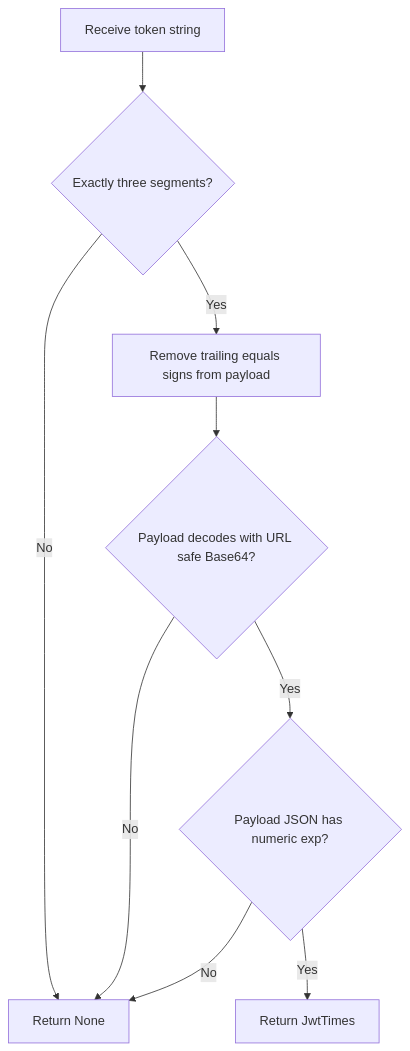
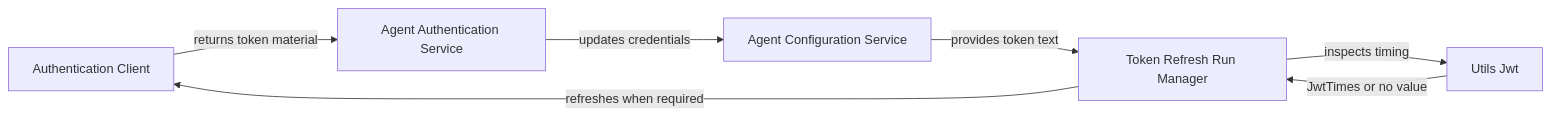
Before and after one commit to flamingo-stack/openframe-oss-tenant: the first of 4 diagrams in docs/reference/architecture/openframe-client-core/utils-jwt/utils-jwt.md, drawn with Mermaid. The commit also changed other lines of this file and 2377 other files, not shown here.

````diff
--- a/docs/reference/architecture/openframe-client-core/utils-jwt/utils-jwt.md
+++ b/docs/reference/architecture/openframe-client-core/utils-jwt/utils-jwt.md
@@ -47,11 +17,9 @@
 ```mermaid
-flowchart TD
-    Start["Receive token string"] --> Segments{"Exactly three segments?"}
-    Segments -->|"No"| Reject["Return None"]
-    Segments -->|"Yes"| Trim["Remove trailing equals signs from payload"]
-    Trim --> Decode{"Payload decodes with URL safe Base64?"}
-    Decode -->|"No"| Reject
-    Decode -->|"Yes"| Json{"Payload JSON has numeric exp?"}
-    Json -->|"No"| Reject
-    Json -->|"Yes"| Result["Return JwtTimes"]
+flowchart LR
+    AuthClient["Authentication Client"] -->|"returns token material"| AgentAuth["Agent Authentication Service"]
+    AgentAuth -->|"updates credentials"| AgentConfig["Agent Configuration Service"]
+    AgentConfig -->|"provides token text"| RefreshManager["Token Refresh Run Manager"]
+    RefreshManager -->|"inspects timing"| UtilsJwt["Utils Jwt"]
+    UtilsJwt -->|"JwtTimes or no value"| RefreshManager
+    RefreshManager -->|"refreshes when required"| AuthClient
 ```
````
